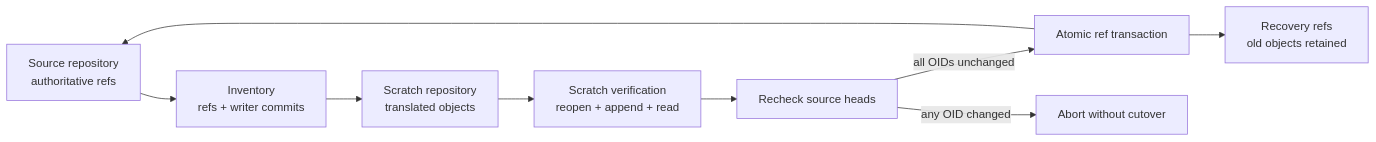
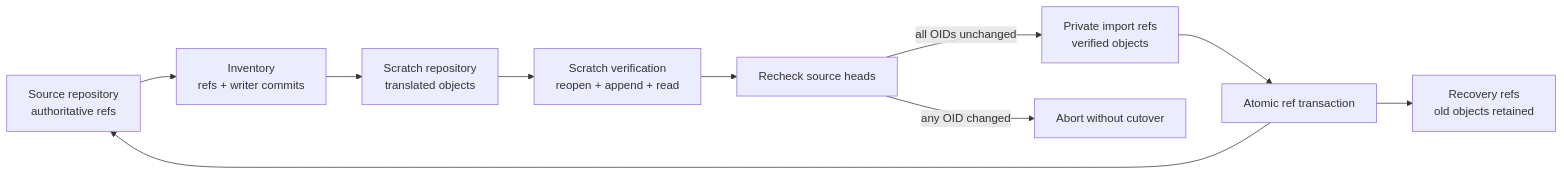
The first of 2 diagrams in docs/migrations/v19/README.md (git-stunts/git-warp), drawn with Mermaid before and after one commit. The commit also changed other lines of this file and 14 other files, not shown here.

````diff
--- a/docs/migrations/v19/README.md
+++ b/docs/migrations/v19/README.md
@@ -50,19 +99,21 @@
 ```mermaid
 flowchart LR
   source["Source repository<br/>authoritative refs"]
   inventory["Inventory<br/>refs + writer commits"]
   scratch["Scratch repository<br/>translated objects"]
   verify["Scratch verification<br/>reopen + append + read"]
   compare["Recheck source heads"]
+  import["Private import refs<br/>verified objects"]
   promote["Atomic ref transaction"]
   recovery["Recovery refs<br/>old objects retained"]
 
   source --> inventory
   inventory --> scratch
   scratch --> verify
   verify --> compare
-  compare -->|all OIDs unchanged| promote
+  compare -->|all OIDs unchanged| import
+  import --> promote
   compare -->|any OID changed| abort["Abort without cutover"]
   promote --> source
   promote --> recovery
 ```
````
